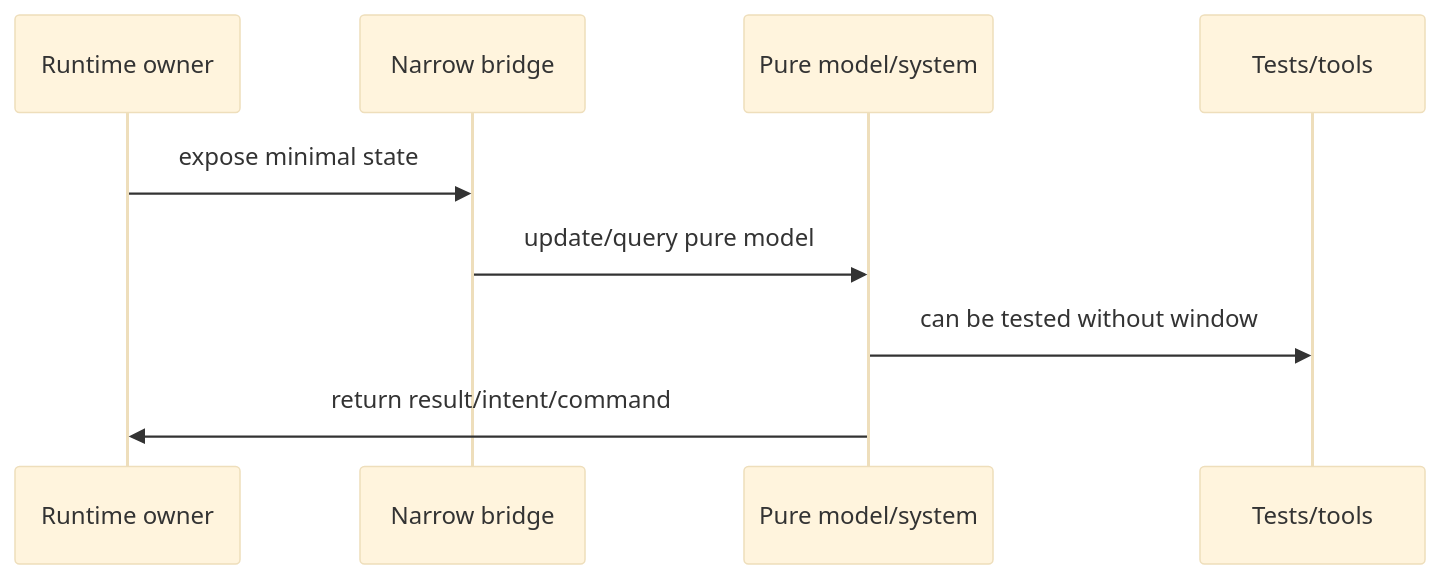
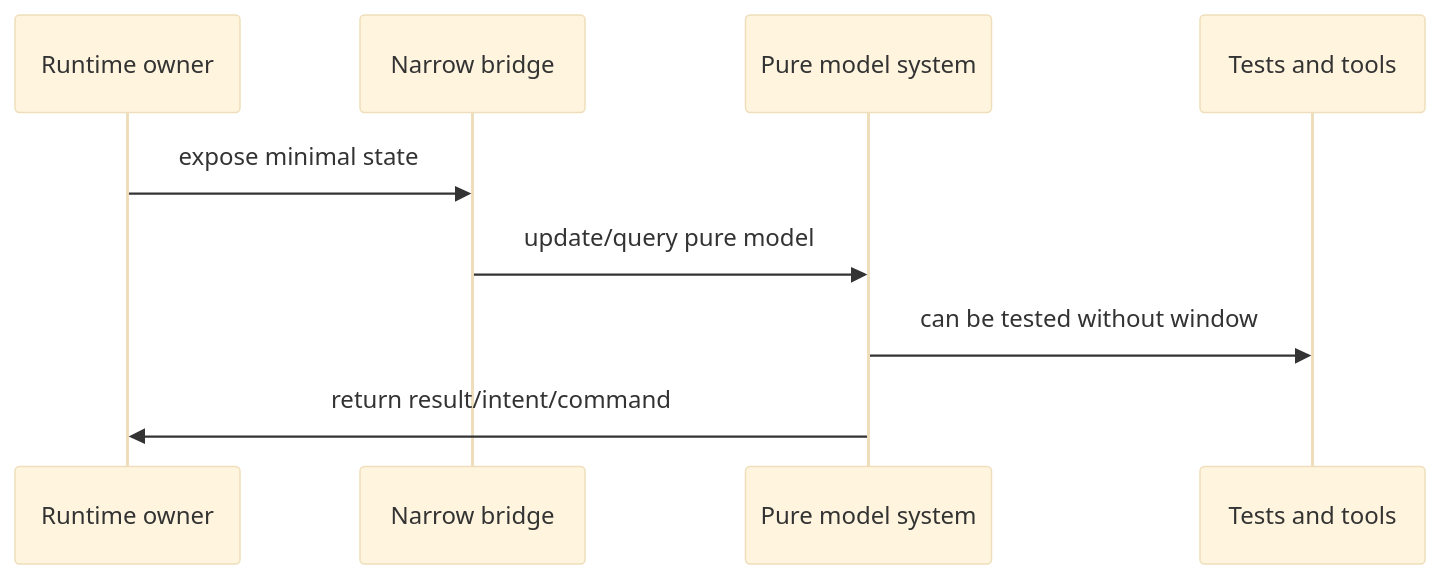
Before and after one commit to soulwax/EchoWiki: the second of 2 diagrams in src/content/docs/pages/architecture/migration-status.md, drawn with Mermaid (base theme). The commit also changed 28 other files, not shown here.

Commit message:
docs: deepen architecture wiki and automate audits

````diff
--- a/src/content/docs/pages/architecture/migration-status.md
+++ b/src/content/docs/pages/architecture/migration-status.md
@@ -38,12 +38,12 @@
 ```mermaid
 sequenceDiagram
     participant Runtime as Runtime owner
     participant Bridge as Narrow bridge
-    participant Pure as Pure model/system
-    participant Tests as Tests/tools
+    participant Pure as Pure model system
+    participant Tests as Tests and tools
 
     Runtime->>Bridge: expose minimal state
     Bridge->>Pure: update/query pure model
     Pure->>Tests: can be tested without window
     Pure->>Runtime: return result/intent/command
 ```
````
